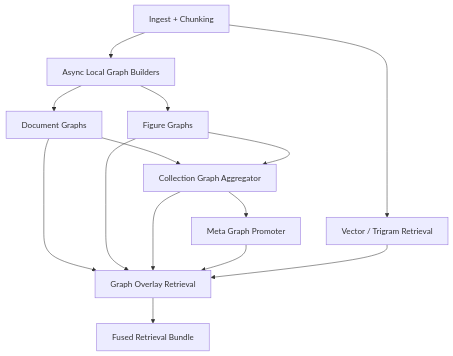
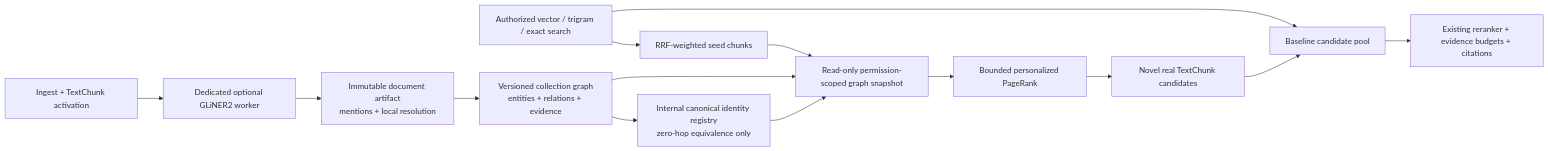
Before and after one commit to AquiLLM/AquiLLM: the diagram in docs/documents/architecture/2026-04-09-knowledge-graph-index-overlay-design.md, drawn with Mermaid. The commit also changed other lines of this file and 19 other files, not shown here.

Commit message:
docs(kg): add controlled graph rollout runbook

````diff
--- a/docs/documents/architecture/2026-04-09-knowledge-graph-index-overlay-design.md
+++ b/docs/documents/architecture/2026-04-09-knowledge-graph-index-overlay-design.md
@@ -52,16 +36,17 @@
 ```mermaid
-flowchart TD
-    A["Ingest + Chunking"] --> B["Async Local Graph Builders"]
-    B --> C["Document Graphs"]
-    B --> D["Figure Graphs"]
-    C --> E["Collection Graph Aggregator"]
-    D --> E
-    E --> F["Meta Graph Promoter"]
-    A --> G["Vector / Trigram Retrieval"]
-    C --> H["Graph Overlay Retrieval"]
+flowchart LR
+    A["Ingest + TextChunk activation"] --> B["Dedicated optional GLiNER2 worker"]
+    B --> C["Immutable document artifact<br/>mentions + local resolution"]
+    C --> D["Versioned collection graph<br/>entities + relations + evidence"]
+    D --> E["Internal canonical identity registry<br/>zero-hop equivalence only"]
+
+    F["Authorized vector / trigram / exact search"] --> G["RRF-weighted seed chunks"]
+    G --> H["Read-only permission-scoped graph snapshot"]
     D --> H
     E --> H
-    F --> H
-    G --> H
-    H --> I["Fused Retrieval Bundle"]
+    H --> I["Bounded personalized PageRank"]
+    I --> J["Novel real TextChunk candidates"]
+    F --> K["Baseline candidate pool"]
+    J --> K
+    K --> L["Existing reranker + evidence budgets + citations"]
 ```
````
